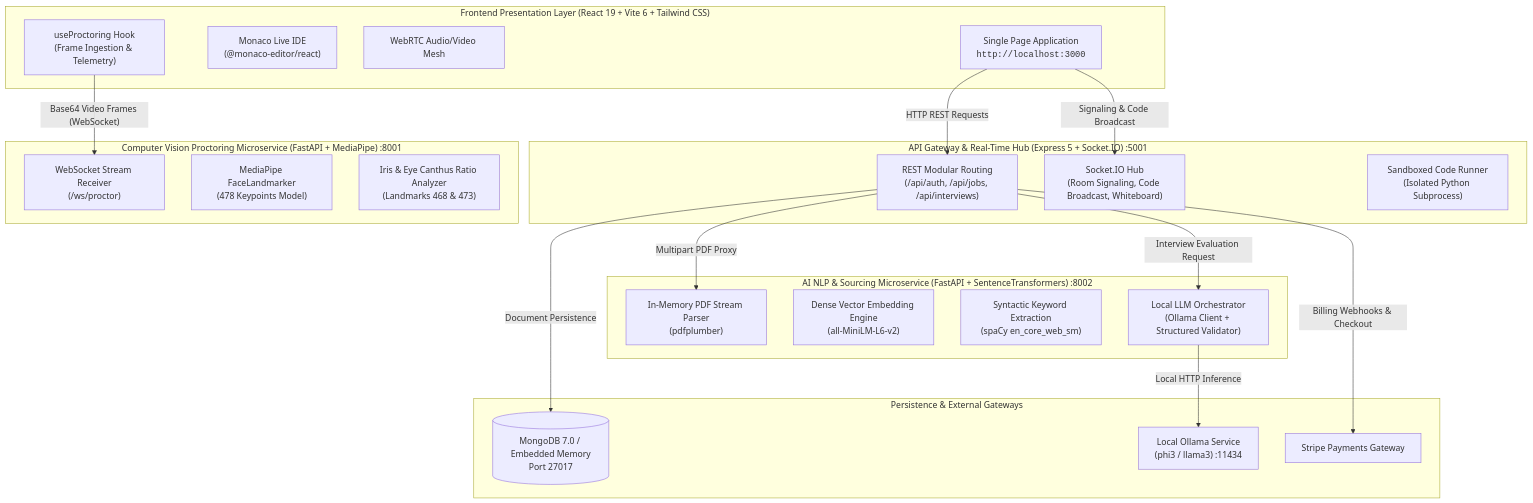
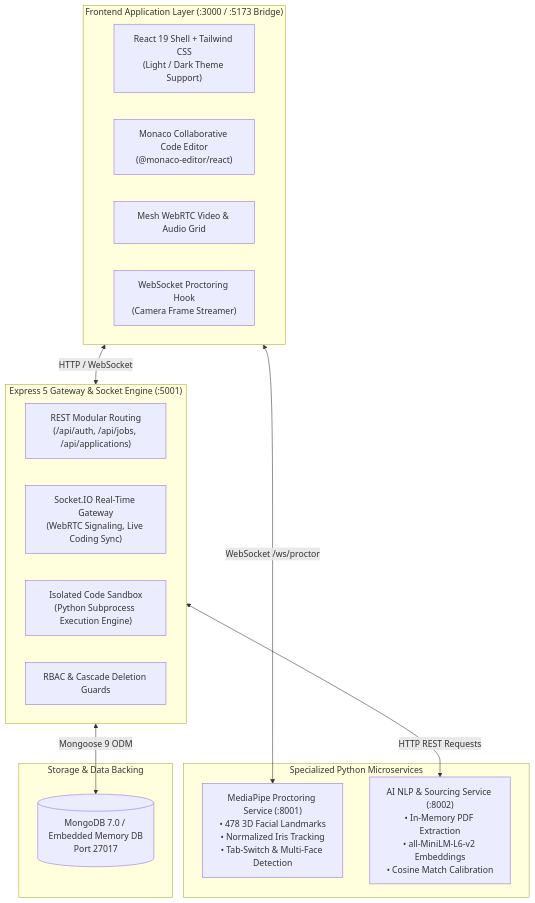
Before and after one commit to darshan-xyz/Axiocruit: the diagram in README.md, drawn with Mermaid. The commit also changed other lines of this file, not shown here.

Commit message:
docs: author comprehensive enterprise README detailing architecture, microservices, and setup

````diff
--- a/README.md
+++ b/README.md
@@ -70,43 +38,30 @@
 ```mermaid
 flowchart TD
-    subgraph ClientLayer["Frontend Presentation Layer (React 19 + Vite 6 + Tailwind CSS)"]
-        SPA["Single Page Application<br/><code>http://localhost:3000</code>"]
-        Monaco["Monaco Live IDE<br/>(@monaco-editor/react)"]
-        WebRTC["WebRTC Audio/Video Mesh"]
-        CamHook["useProctoring Hook<br/>(Frame Ingestion & Telemetry)"]
+    subgraph ClientLayer["Frontend Application Layer (:3000 / :5173 Bridge)"]
+        UI["React 19 Shell + Tailwind CSS<br/>(Light / Dark Theme Support)"]
+        MonacoEditor["Monaco Collaborative Code Editor<br/>(@monaco-editor/react)"]
+        WebRTCModule["Mesh WebRTC Video & Audio Grid"]
+        ProctorClient["WebSocket Proctoring Hook<br/>(Camera Frame Streamer)"]
     end
 
-    subgraph GatewayLayer["API Gateway & Real-Time Hub (Express 5 + Socket.IO) :5001"]
-        Router["REST Modular Routing<br/>(/api/auth, /api/jobs, /api/interviews)"]
-        Signaling["Socket.IO Hub<br/>(Room Signaling, Code Broadcast, Whiteboard)"]
-        Sandbox["Sandboxed Code Runner<br/>(Isolated Python Subprocess)"]
+    subgraph GatewayLayer["Express 5 Gateway & Socket Engine (:5001)"]
+        HTTPRouter["REST Modular Routing<br/>(/api/auth, /api/jobs, /api/applications)"]
+        SocketHub["Socket.IO Real-Time Gateway<br/>(WebRTC Signaling, Live Coding Sync)"]
+        SandboxEngine["Isolated Code Sandbox<br/>(Python Subprocess Execution Engine)"]
+        DataGuard["RBAC & Cascade Deletion Guards"]
     end
 
-    subgraph AILayer["AI NLP & Sourcing Microservice (FastAPI + SentenceTransformers) :8002"]
-        PDFParser["In-Memory PDF Stream Parser<br/>(pdfplumber)"]
-        Embedding["Dense Vector Embedding Engine<br/>(all-MiniLM-L6-v2)"]
-        NLP["Syntactic Keyword Extraction<br/>(spaCy en_core_web_sm)"]
-        OllamaAdapter["Local LLM Orchestrator<br/>(Ollama Client + Structured Validator)"]
+    subgraph MicroservicesLayer["Specialized Python Microservices"]
+        CVService["MediaPipe Proctoring Service (:8001)<br/>• 478 3D Facial Landmarks<br/>• Normalized Iris Tracking<br/>• Tab-Switch & Multi-Face Detection"]
+        AIService["AI NLP & Sourcing Service (:8002)<br/>• In-Memory PDF Extraction<br/>• all-MiniLM-L6-v2 Embeddings<br/>• Cosine Match Calibration"]
     end
 
-    subgraph ProctorLayer["Computer Vision Proctoring Microservice (FastAPI + MediaPipe) :8001"]
-        WSHandler["WebSocket Stream Receiver<br/>(/ws/proctor)"]
-        FaceMesh["MediaPipe FaceLandmarker<br/>(478 Keypoints Model)"]
-        GazeLogic["Iris & Eye Canthus Ratio Analyzer<br/>(Landmarks 468 & 473)"]
+    subgraph PersistenceLayer["Storage & Data Backing"]
+        MongoDB[("MongoDB 7.0 / Embedded Memory DB<br/>Port 27017")]
     end
 
-    subgraph DatastoreLayer["Persistence & External Gateways"]
-        MongoDB[("MongoDB 7.0 / Embedded Memory<br/>Port 27017")]
-        OllamaDaemon["Local Ollama Service<br/>(phi3 / llama3) :11434"]
-        StripeGateway["Stripe Payments Gateway"]
-    end
-
-    SPA -->|"HTTP REST Requests"| Router
-    SPA -->|"Signaling & Code Broadcast"| Signaling
-    CamHook -->|"Base64 Video Frames (WebSocket)"| WSHandler
-    Router -->|"Document Persistence"| MongoDB
-    Router -->|"Multipart PDF Proxy"| PDFParser
-    Router -->|"Interview Evaluation Request"| OllamaAdapter
-    Router -->|"Billing Webhooks & Checkout"| StripeGateway
-    OllamaAdapter -->|"Local HTTP Inference"| OllamaDaemon
+    ClientLayer <-->|HTTP / WebSocket| GatewayLayer
+    ClientLayer <-->|WebSocket /ws/proctor| CVService
+    GatewayLayer <-->|HTTP REST Requests| AIService
+    GatewayLayer <-->|Mongoose 9 ODM| MongoDB
 ```
````
